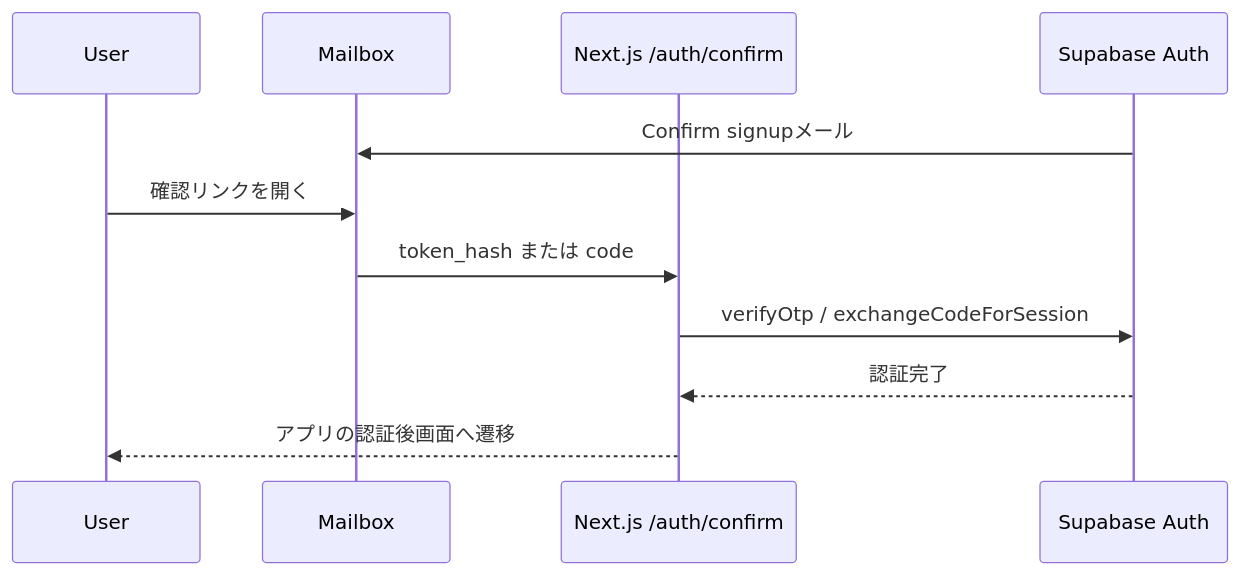
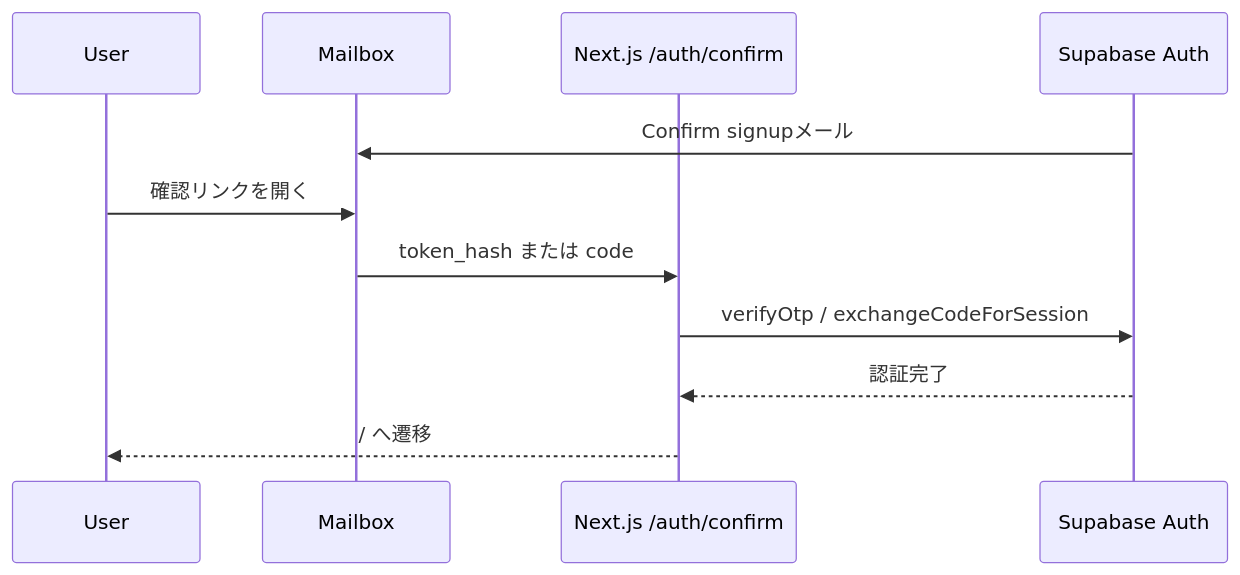
One commit to k-systems202208/nextjs-supabase-vercel-webapp-template changed the fourth of 4 diagrams in docs/AUTH-CRUD.md. Above: the diagram before and after it, drawn with Mermaid. The commit also changed other lines of this file, not shown here.

````diff
--- a/docs/AUTH-CRUD.md
+++ b/docs/AUTH-CRUD.md
@@ -103,13 +106,13 @@
 ```mermaid
 sequenceDiagram
     participant U as User
     participant M as Mailbox
     participant A as Next.js /auth/confirm
     participant S as Supabase Auth
     S->>M: Confirm signupメール
     U->>M: 確認リンクを開く
     M->>A: token_hash または code
     A->>S: verifyOtp / exchangeCodeForSession
     S-->>A: 認証完了
-    A-->>U: アプリの認証後画面へ遷移
+    A-->>U: / へ遷移
 ```
````
